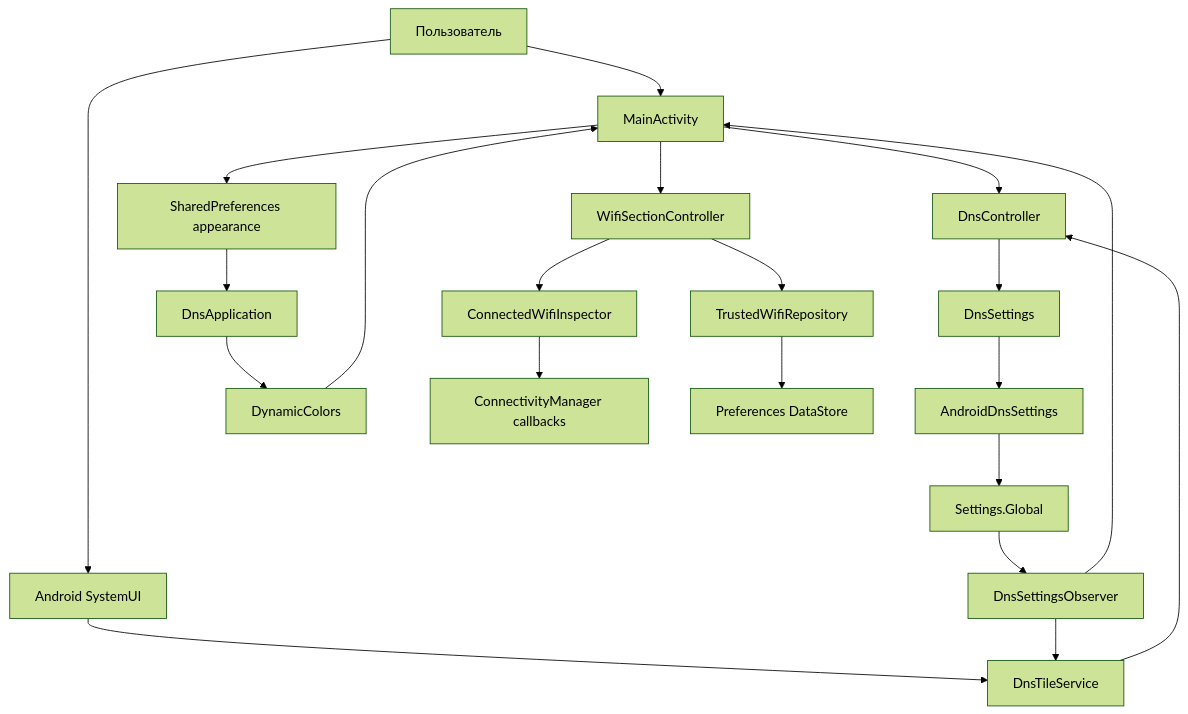
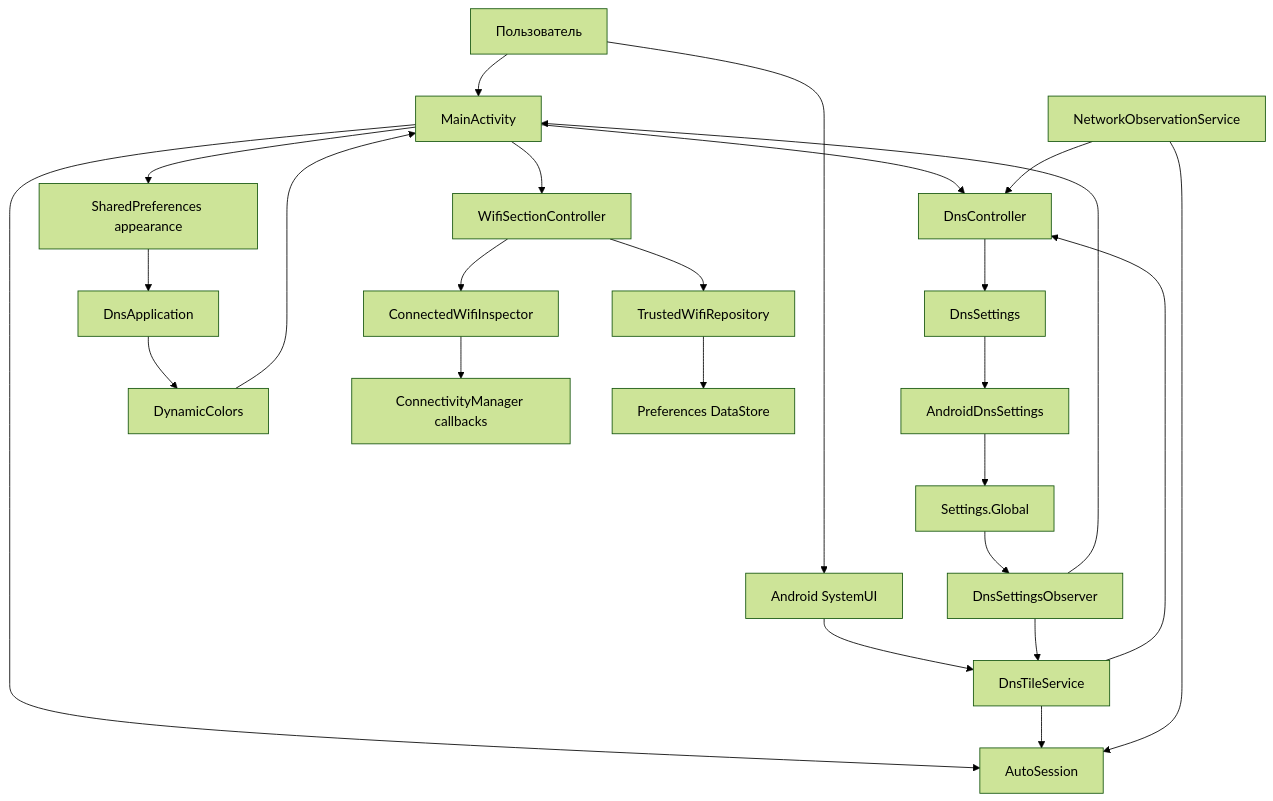
Before and after one commit to YuriMukin/pDNS-auto-switch: the diagram in ARCHITECTURE.md, drawn with Mermaid (forest theme). The commit also changed other lines of this file and 20 other files, not shown here.

````diff
--- a/ARCHITECTURE.md
+++ b/ARCHITECTURE.md
@@ -42,23 +42,27 @@
 ```mermaid
 flowchart TD
     User[Пользователь] --> Activity[MainActivity]
     User --> SystemUI[Android SystemUI]
     SystemUI --> Tile[DnsTileService]
     Activity --> Controller[DnsController]
     Tile --> Controller
+    Activity --> Auto[AutoSession]
+    Tile --> Auto
+    Service[NetworkObservationService] --> Auto
+    Service --> Controller
     Controller --> Port[DnsSettings]
     Port --> Adapter[AndroidDnsSettings]
     Adapter --> Global[Settings.Global]
     Global --> Observer[DnsSettingsObserver]
     Observer --> Activity
     Observer --> Tile
     Application[DnsApplication] --> Dynamic[DynamicColors]
     Preferences[SharedPreferences appearance] --> Application
     Activity --> Preferences
     Dynamic --> Activity
     Activity --> WifiUI[WifiSectionController]
     WifiUI --> Inspector[ConnectedWifiInspector]
     Inspector --> Connectivity[ConnectivityManager callbacks]
     WifiUI --> Repository[TrustedWifiRepository]
     Repository --> DataStore[Preferences DataStore]
 ```
````
